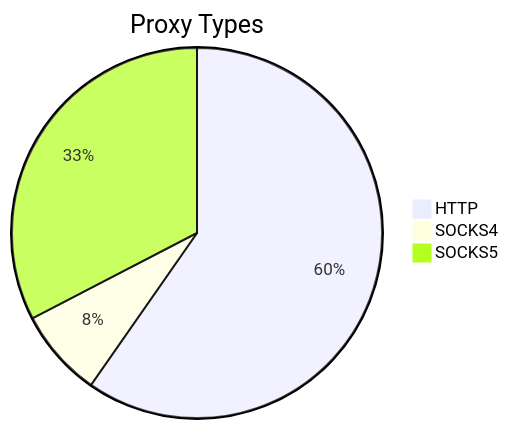
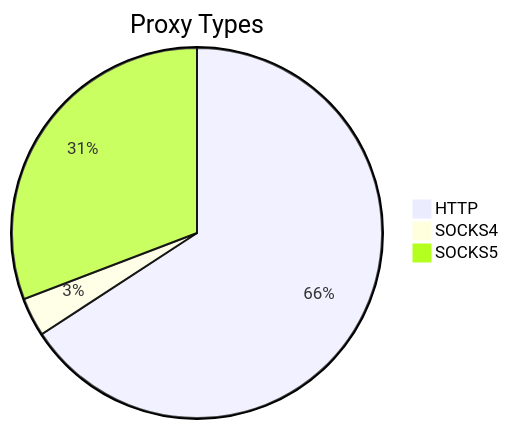
Before and after one commit to stormsia/proxy-list: the first of 2 diagrams in README.md, drawn with Mermaid. The commit also changed other lines of this file, not shown here.

````diff
--- a/README.md
+++ b/README.md
@@ -21,6 +21,6 @@
 ```mermaid
 pie title Proxy Types
-    "HTTP" : 388
-    "SOCKS4" : 50
-    "SOCKS5" : 212
+    "HTTP" : 408
+    "SOCKS4" : 21
+    "SOCKS5" : 191
 ```
````
